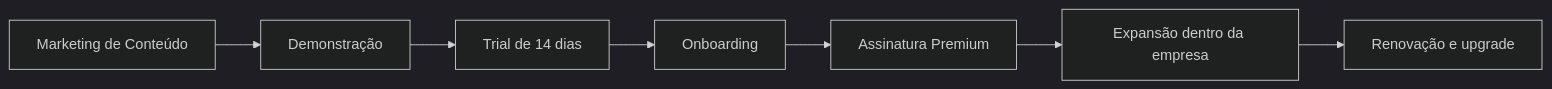
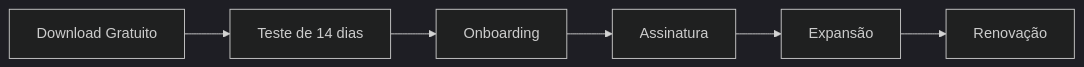
The sixth of 7 diagrams in docs/apresentacao/agente_ia_generativo-press.md (nextlw/cmex_poc), drawn with Mermaid (dark theme) before and after one commit. The commit also changed other lines of this file and 7 other files, not shown here.

````diff
--- a/docs/apresentacao/agente_ia_generativo-press.md
+++ b/docs/apresentacao/agente_ia_generativo-press.md
@@ -180,9 +145,8 @@
 ```mermaid
 graph LR
-    A[Marketing de Conteúdo] --> B[Demonstração]
-    B --> C[Trial de 14 dias]
-    C --> D[Onboarding]
-    D --> E[Assinatura Premium]
-    E --> F[Expansão dentro da empresa]
-    F --> G[Renovação e upgrade]
+    A[Download Gratuito] --> B[Teste de 14 dias]
+    B --> C[Onboarding]
+    C --> D[Assinatura]
+    D --> E[Expansão]
+    E --> F[Renovação]
 ```
````
